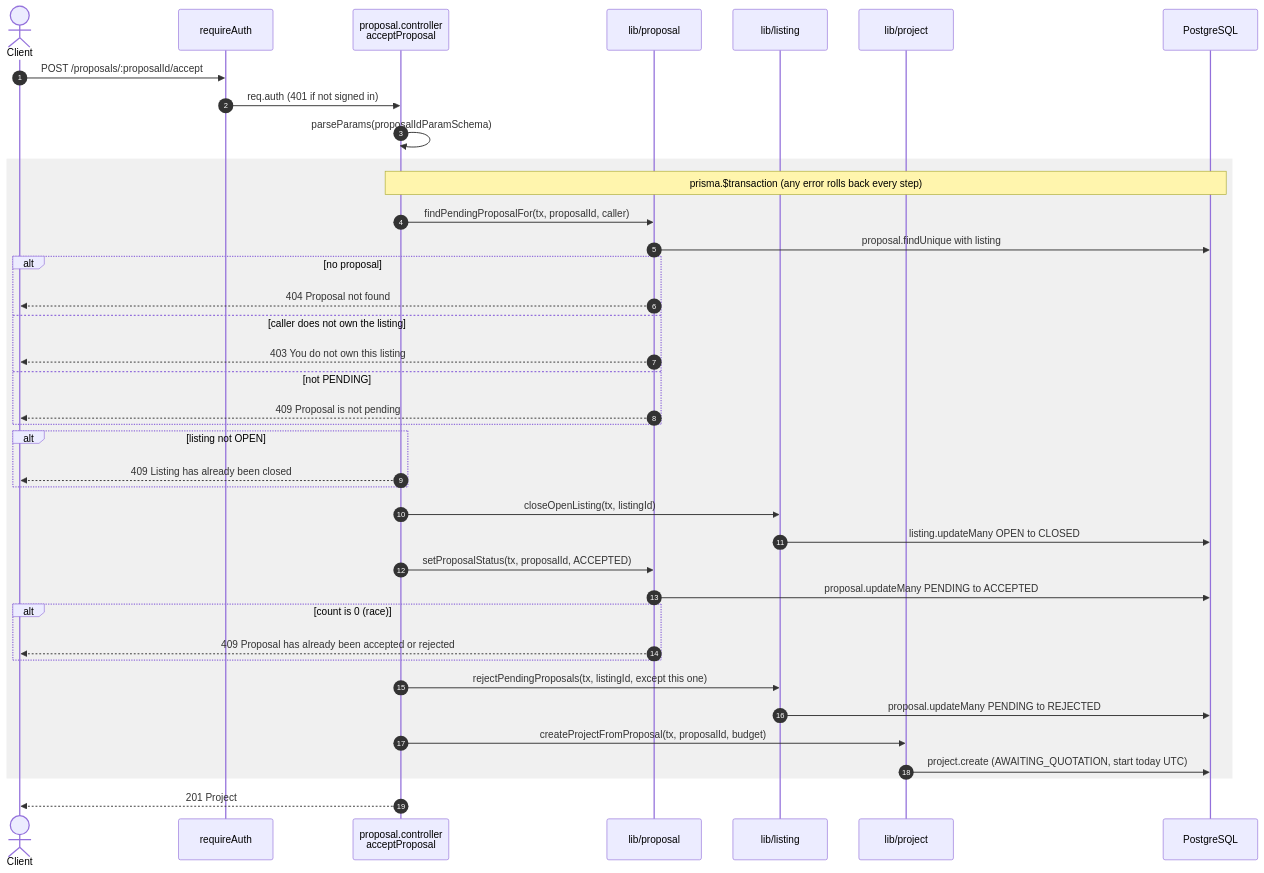
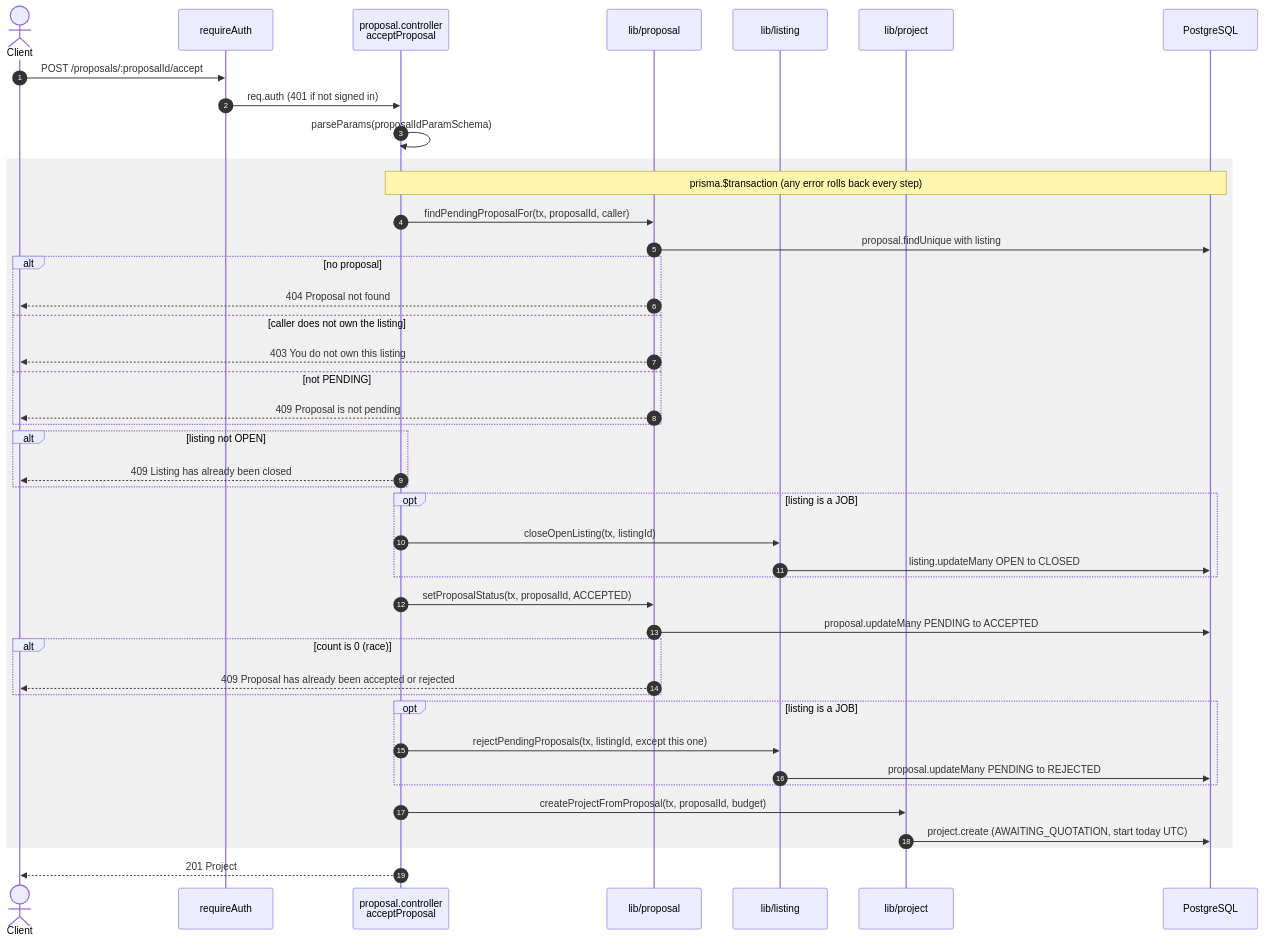
The third of 4 diagrams in docs/api/proposals.md (taofuuu/MangoDB), drawn with Mermaid before and after one commit. The commit also changed other lines of this file and 9 other files, not shown here.

````diff
--- a/docs/api/proposals.md
+++ b/docs/api/proposals.md
@@ -74,42 +76,46 @@
 ```mermaid
 sequenceDiagram
     autonumber
     actor C as Client
     participant G as requireAuth
     participant Ctl as proposal.controller<br/>acceptProposal
     participant P as lib/proposal
     participant L as lib/listing
     participant Pr as lib/project
     participant DB as PostgreSQL
 
     C->>G: POST /proposals/:proposalId/accept
     G->>Ctl: req.auth (401 if not signed in)
     Ctl->>Ctl: parseParams(proposalIdParamSchema)
     rect rgba(128, 128, 128, 0.12)
         Note over Ctl,DB: prisma.$transaction (any error rolls back every step)
         Ctl->>P: findPendingProposalFor(tx, proposalId, caller)
         P->>DB: proposal.findUnique with listing
         alt no proposal
             P-->>C: 404 Proposal not found
         else caller does not own the listing
             P-->>C: 403 You do not own this listing
         else not PENDING
             P-->>C: 409 Proposal is not pending
         end
         alt listing not OPEN
             Ctl-->>C: 409 Listing has already been closed
         end
-        Ctl->>L: closeOpenListing(tx, listingId)
-        L->>DB: listing.updateMany OPEN to CLOSED
+        opt listing is a JOB
+            Ctl->>L: closeOpenListing(tx, listingId)
+            L->>DB: listing.updateMany OPEN to CLOSED
+        end
         Ctl->>P: setProposalStatus(tx, proposalId, ACCEPTED)
         P->>DB: proposal.updateMany PENDING to ACCEPTED
         alt count is 0 (race)
             P-->>C: 409 Proposal has already been accepted or rejected
         end
-        Ctl->>L: rejectPendingProposals(tx, listingId, except this one)
-        L->>DB: proposal.updateMany PENDING to REJECTED
+        opt listing is a JOB
+            Ctl->>L: rejectPendingProposals(tx, listingId, except this one)
+            L->>DB: proposal.updateMany PENDING to REJECTED
+        end
         Ctl->>Pr: createProjectFromProposal(tx, proposalId, budget)
         Pr->>DB: project.create (AWAITING_QUOTATION, start today UTC)
     end
     Ctl-->>C: 201 Project
 ```
````
